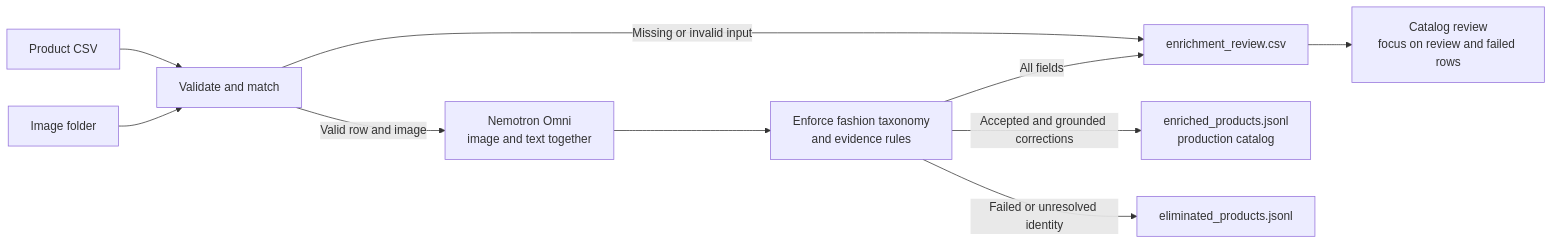
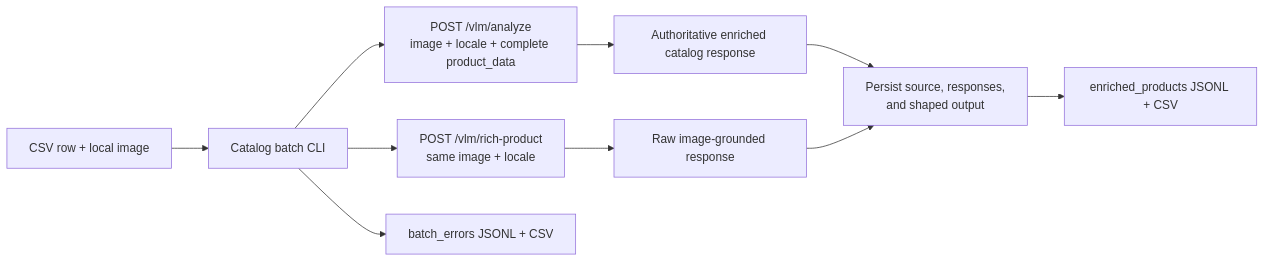
One commit to rkharwar-nv/Retail-Catalog-Enrichment changed the diagram in docs/FASHION_ENRICHMENT.md. Above: the diagram before and after it, drawn with Mermaid. The commit also changed other lines of this file and 13 other files, not shown here.

Commit message:
Refactor catalog batch to use backend API

````diff
--- a/docs/FASHION_ENRICHMENT.md
+++ b/docs/FASHION_ENRICHMENT.md
@@ -11,15 +7,12 @@
 ```mermaid
 flowchart LR
-    CSV[Product CSV] --> V[Validate and match]
-    IMG[Image folder] --> V
-
-    V -->|Valid row and image| O[Nemotron Omni<br/>image and text together]
-    V -->|Missing or invalid input| R[enrichment_review.csv]
-
-    O --> T[Enforce fashion taxonomy<br/>and evidence rules]
-    T -->|Accepted and grounded corrections| C[enriched_products.jsonl<br/>production catalog]
-    T -->|Failed or unresolved identity| E[eliminated_products.jsonl]
-    T -->|All fields| R
-
-    R --> H[Catalog review<br/>focus on review and failed rows]
+    A[CSV row + local image] --> B[Catalog batch CLI]
+    B --> C[POST /vlm/analyze<br/>image + locale + complete product_data]
+    B --> D[POST /vlm/rich-product<br/>same image + locale]
+    C --> E[Authoritative enriched catalog response]
+    D --> F[Raw image-grounded response]
+    E --> G[Persist source, responses,<br/>and shaped output]
+    F --> G
+    G --> H[enriched_products JSONL + CSV]
+    B --> I[batch_errors JSONL + CSV]
 ```
````
